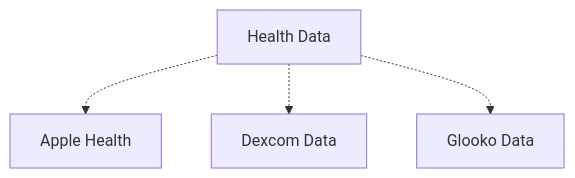
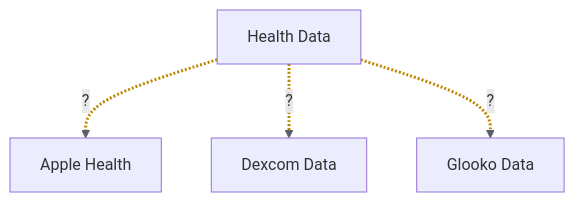
The fourth of 9 diagrams in vocab/browse/map.md (dpw67/pkm), drawn with Mermaid before and after one commit. The commit also changed other lines of this file and 3 other files, not shown here.

````diff
--- a/vocab/browse/map.md
+++ b/vocab/browse/map.md
@@ -74,10 +88,12 @@
 ```mermaid
 graph TD
   HealthData["Health Data"]
   AppleHealth["Apple Health"]
-  HealthData -.-> AppleHealth
+  HealthData -.->|"?"| AppleHealth
   DexcomData["Dexcom Data"]
-  HealthData -.-> DexcomData
+  HealthData -.->|"?"| DexcomData
   GlookoData["Glooko Data"]
-  HealthData -.-> GlookoData
+  HealthData -.->|"?"| GlookoData
+  linkStyle default stroke:#57606a,stroke-width:1.5px
+  linkStyle 0,1,2 stroke:#bf8700,stroke-width:3px
 ```
````
